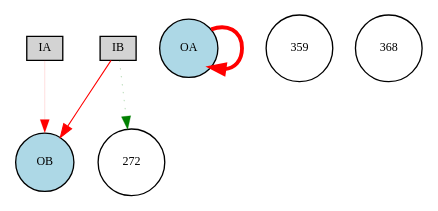
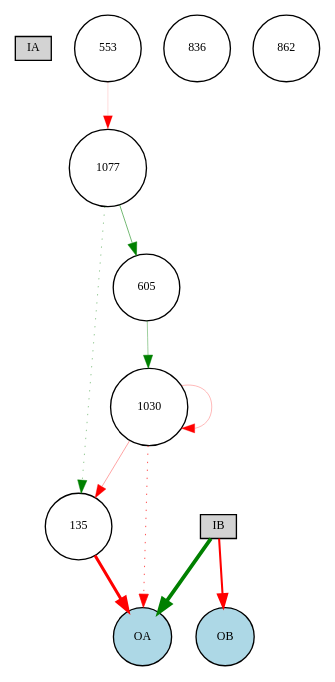
One commit to danxan/neuromorphic-evolution changed the diagram in source/cont_exp/Digraph.gv. Above: the diagram before and after it, drawn with Graphviz. The commit also changed 8 other files, not shown here.

```diff
--- a/source/cont_exp/Digraph.gv
+++ b/source/cont_exp/Digraph.gv
@@ -1,14 +1,24 @@
 digraph {
 	node [fontsize=9 height=0.2 shape=circle width=0.2]
 	IA [fillcolor=lightgray shape=box style=filled]
 	IB [fillcolor=lightgray shape=box style=filled]
 	OA [fillcolor=lightblue style=filled]
 	OB [fillcolor=lightblue style=filled]
-	359 [fillcolor=white style=filled]
-	368 [fillcolor=white style=filled]
-	272 [fillcolor=white style=filled]
-	IB -> OB [color=red penwidth=0.7976528696941348 style=solid]
-	OA -> OA [color=red penwidth=2.8977317558180147 style=solid]
-	IB -> 272 [color=green penwidth=0.2168260725911642 style=dotted]
-	IA -> OB [color=red penwidth=0.10280316375774931 style=solid]
+	836 [fillcolor=white style=filled]
+	1030 [fillcolor=white style=filled]
+	135 [fillcolor=white style=filled]
+	553 [fillcolor=white style=filled]
+	1077 [fillcolor=white style=filled]
+	605 [fillcolor=white style=filled]
+	862 [fillcolor=white style=filled]
+	135 -> OA [color=red penwidth=2.30327490287747 style=solid]
+	IB -> OA [color=green penwidth=2.792061874768432 style=solid]
+	IB -> OB [color=red penwidth=1.5400900927472394 style=solid]
+	553 -> 1077 [color=red penwidth=0.11268252069685986 style=solid]
+	1077 -> 135 [color=green penwidth=0.3194788649114107 style=dotted]
+	1077 -> 605 [color=green penwidth=0.4149891691694392 style=solid]
+	1030 -> OA [color=red penwidth=0.5088778129859255 style=dotted]
+	1030 -> 135 [color=red penwidth=0.2737747701284655 style=solid]
+	1030 -> 1030 [color=red penwidth=0.20828434312648558 style=solid]
+	605 -> 1030 [color=green penwidth=0.287916861623401 style=solid]
 }
```
